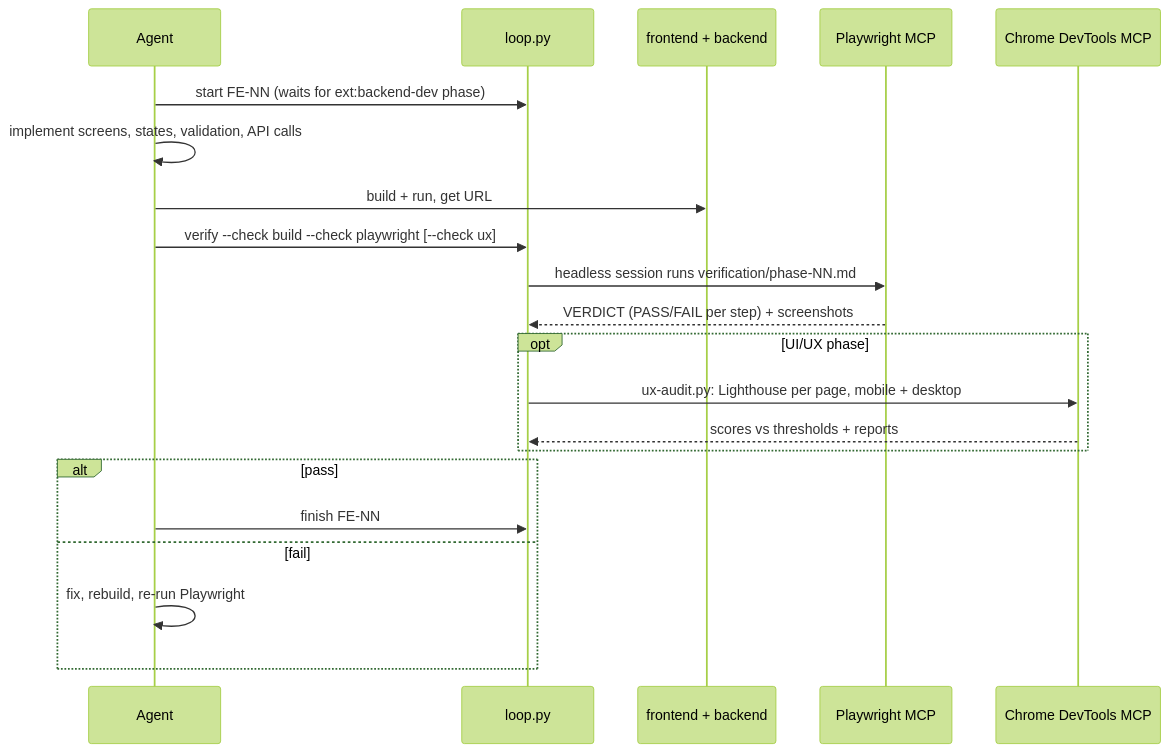
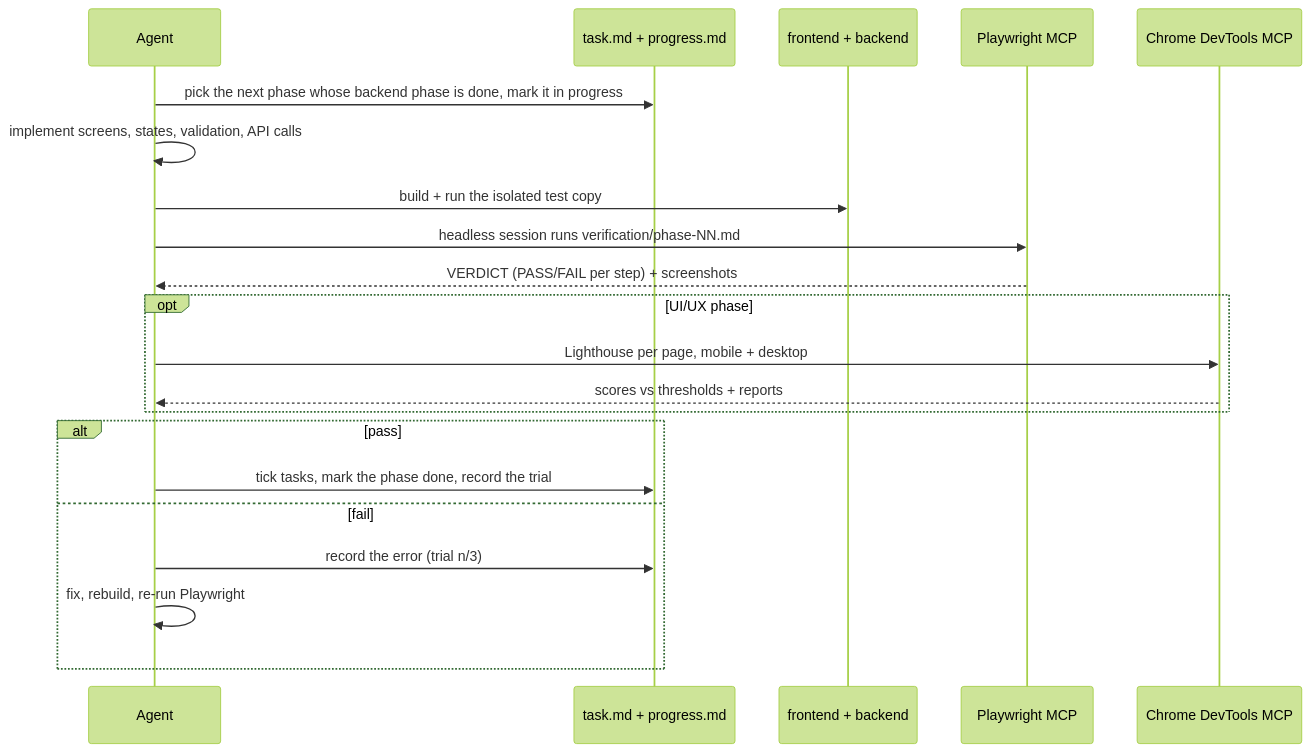
The third of 5 diagrams in README.md (omarwt/quickflow), drawn with Mermaid (forest theme) before and after one commit. The commit also changed other lines of this file and 8 other files, not shown here.

````diff
--- a/README.md
+++ b/README.md
@@ -196,24 +195,24 @@
 ```mermaid
 sequenceDiagram
     participant Agent
-    participant LoopPy as loop.py
+    participant Files as task.md + progress.md
     participant App as frontend + backend
     participant Playwright as Playwright MCP
     participant DevTools as Chrome DevTools MCP
 
-    Agent->>LoopPy: start FE-NN (waits for ext:backend-dev phase)
+    Agent->>Files: pick the next phase whose backend phase is done, mark it in progress
     Agent->>Agent: implement screens, states, validation, API calls
-    Agent->>App: build + run, get URL
-    Agent->>LoopPy: verify --check build --check playwright [--check ux]
-    LoopPy->>Playwright: headless session runs verification/phase-NN.md
-    Playwright-->>LoopPy: VERDICT (PASS/FAIL per step) + screenshots
+    Agent->>App: build + run the isolated test copy
+    Agent->>Playwright: headless session runs verification/phase-NN.md
+    Playwright-->>Agent: VERDICT (PASS/FAIL per step) + screenshots
     opt UI/UX phase
-        LoopPy->>DevTools: ux-audit.py: Lighthouse per page, mobile + desktop
-        DevTools-->>LoopPy: scores vs thresholds + reports
+        Agent->>DevTools: Lighthouse per page, mobile + desktop
+        DevTools-->>Agent: scores vs thresholds + reports
     end
     alt pass
-        Agent->>LoopPy: finish FE-NN
+        Agent->>Files: tick tasks, mark the phase done, record the trial
     else fail
+        Agent->>Files: record the error (trial n/3)
         Agent->>Agent: fix, rebuild, re-run Playwright
     end
 ```
````
